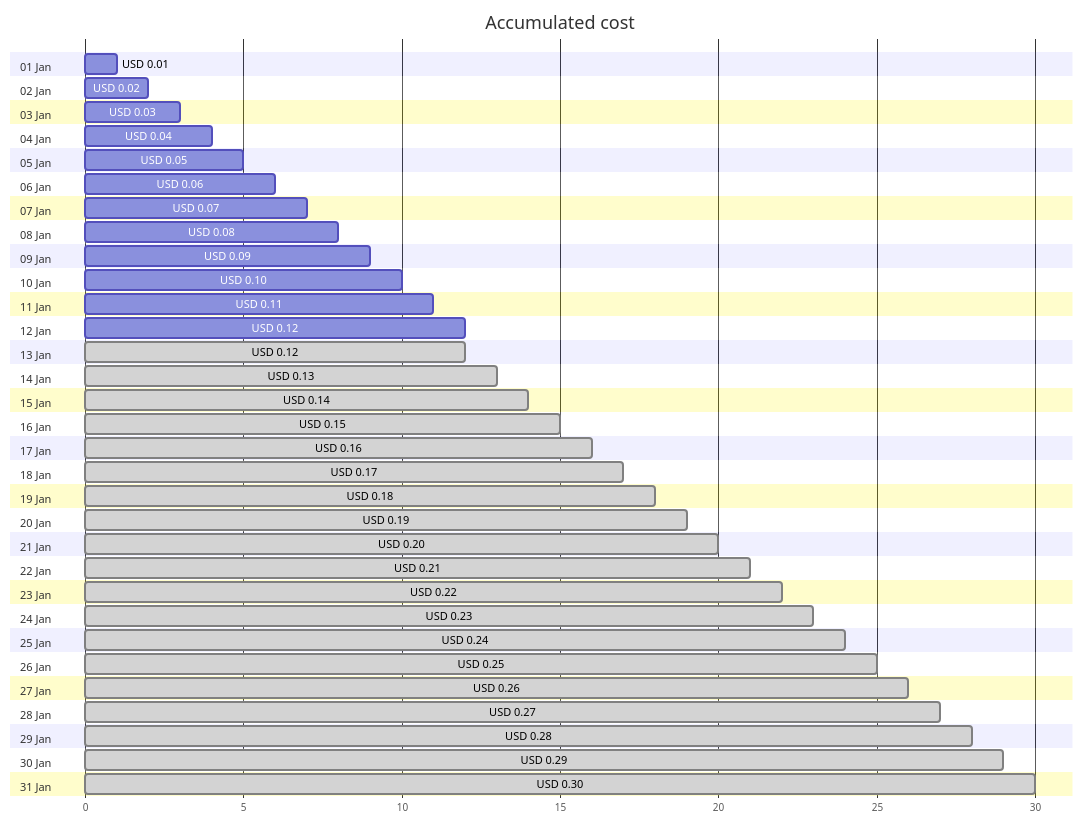
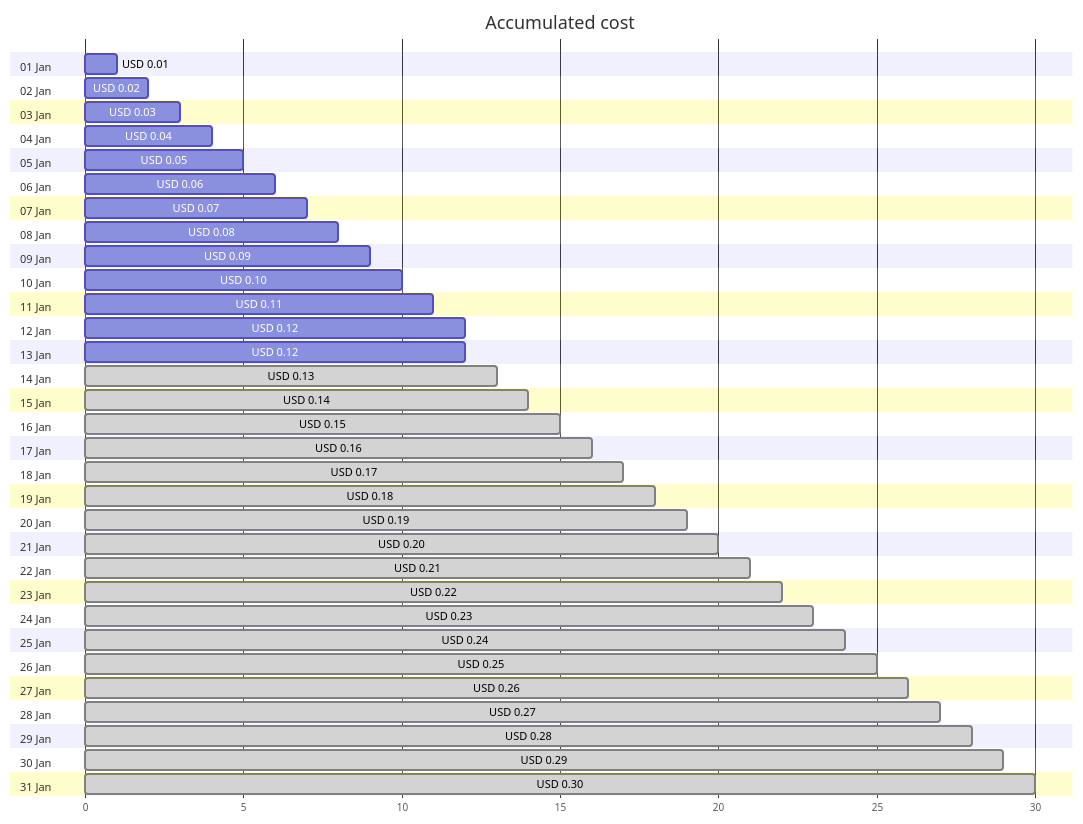
One commit to jpfulton/azure-personal-reports changed the first of 4 diagrams in cost-reports/cloud-shell-storage-eastus/README.md. Above: the diagram before and after it, drawn with Mermaid. The commit also changed other lines of this file and 1 other file, not shown here.

````diff
--- a/cost-reports/cloud-shell-storage-eastus/README.md
+++ b/cost-reports/cloud-shell-storage-eastus/README.md
@@ -20,68 +20,68 @@
 ```mermaid
 gantt
    title Accumulated cost
    dateFormat  X
    axisFormat %s
    section 01 Jan
    USD 0.01 :0, 1
    section 02 Jan
    USD 0.02 :0, 2
    section 03 Jan
    USD 0.03 :0, 3
    section 04 Jan
    USD 0.04 :0, 4
    section 05 Jan
    USD 0.05 :0, 5
    section 06 Jan
    USD 0.06 :0, 6
    section 07 Jan
    USD 0.07 :0, 7
    section 08 Jan
    USD 0.08 :0, 8
    section 09 Jan
    USD 0.09 :0, 9
    section 10 Jan
    USD 0.10 :0, 10
    section 11 Jan
    USD 0.11 :0, 11
    section 12 Jan
    USD 0.12 :0, 12
    section 13 Jan
-   USD 0.12 : done, 0, 12
+   USD 0.12 :0, 12
    section 14 Jan
    USD 0.13 : done, 0, 13
    section 15 Jan
    USD 0.14 : done, 0, 14
    section 16 Jan
    USD 0.15 : done, 0, 15
    section 17 Jan
    USD 0.16 : done, 0, 16
    section 18 Jan
    USD 0.17 : done, 0, 17
    section 19 Jan
    USD 0.18 : done, 0, 18
    section 20 Jan
    USD 0.19 : done, 0, 19
    section 21 Jan
    USD 0.20 : done, 0, 20
    section 22 Jan
    USD 0.21 : done, 0, 21
    section 23 Jan
    USD 0.22 : done, 0, 22
    section 24 Jan
    USD 0.23 : done, 0, 23
    section 25 Jan
    USD 0.24 : done, 0, 24
    section 26 Jan
    USD 0.25 : done, 0, 25
    section 27 Jan
    USD 0.26 : done, 0, 26
    section 28 Jan
    USD 0.27 : done, 0, 27
    section 29 Jan
    USD 0.28 : done, 0, 28
    section 30 Jan
    USD 0.29 : done, 0, 29
    section 31 Jan
    USD 0.30 : done, 0, 30
 ```
````
